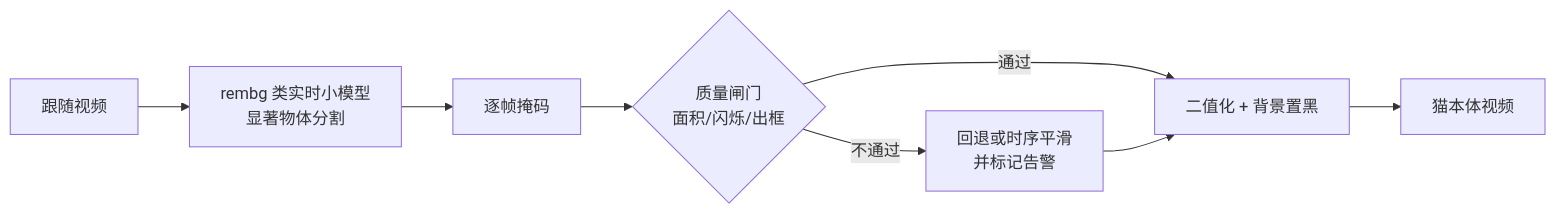
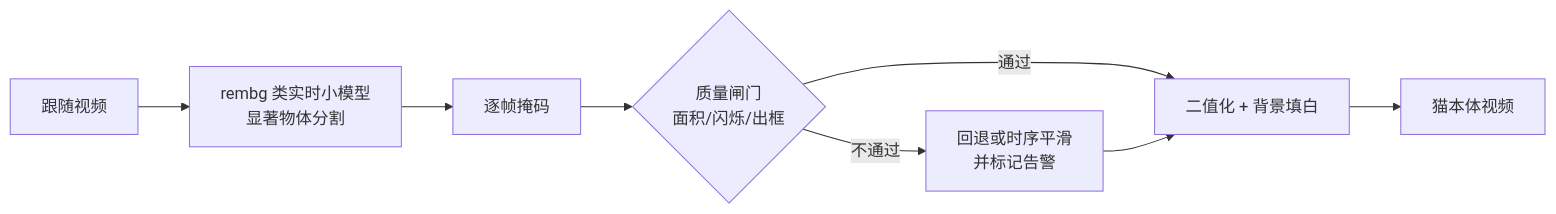
Before and after one commit to gongshangzheng/pet-action-recognition: the second of 7 diagrams in management/docs/architecture.md, drawn with Mermaid. The commit also changed other lines of this file and 8 other files, not shown here.

````diff
--- a/management/docs/architecture.md
+++ b/management/docs/architecture.md
@@ -125,10 +125,10 @@
 ```mermaid
 flowchart LR
     X1[跟随视频] --> X2[rembg 类实时小模型<br/>显著物体分割]
     X2 --> X3[逐帧掩码]
     X3 --> X4{质量闸门<br/>面积/闪烁/出框}
-    X4 -->|通过| X5[二值化 + 背景置黑]
+    X4 -->|通过| X5[二值化 + 背景填白]
     X4 -->|不通过| X6[回退或时序平滑<br/>并标记告警]
     X6 --> X5
     X5 --> X7[猫本体视频]
 ```
````
